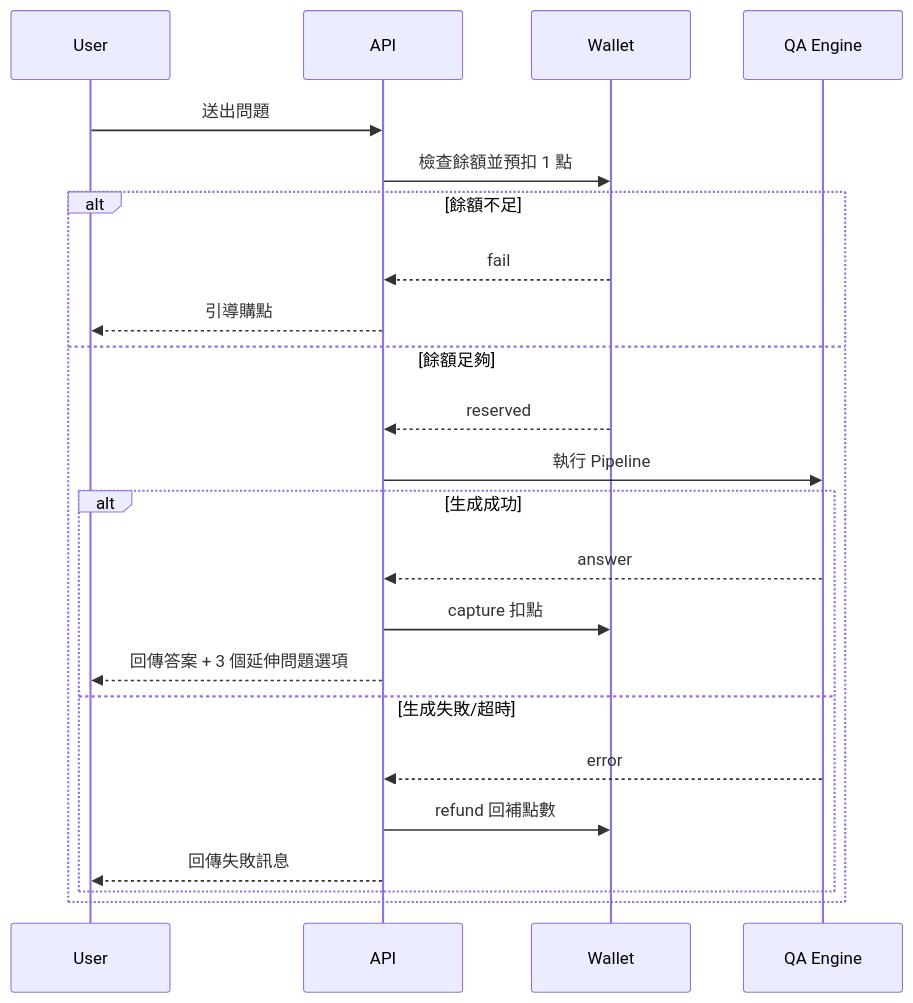
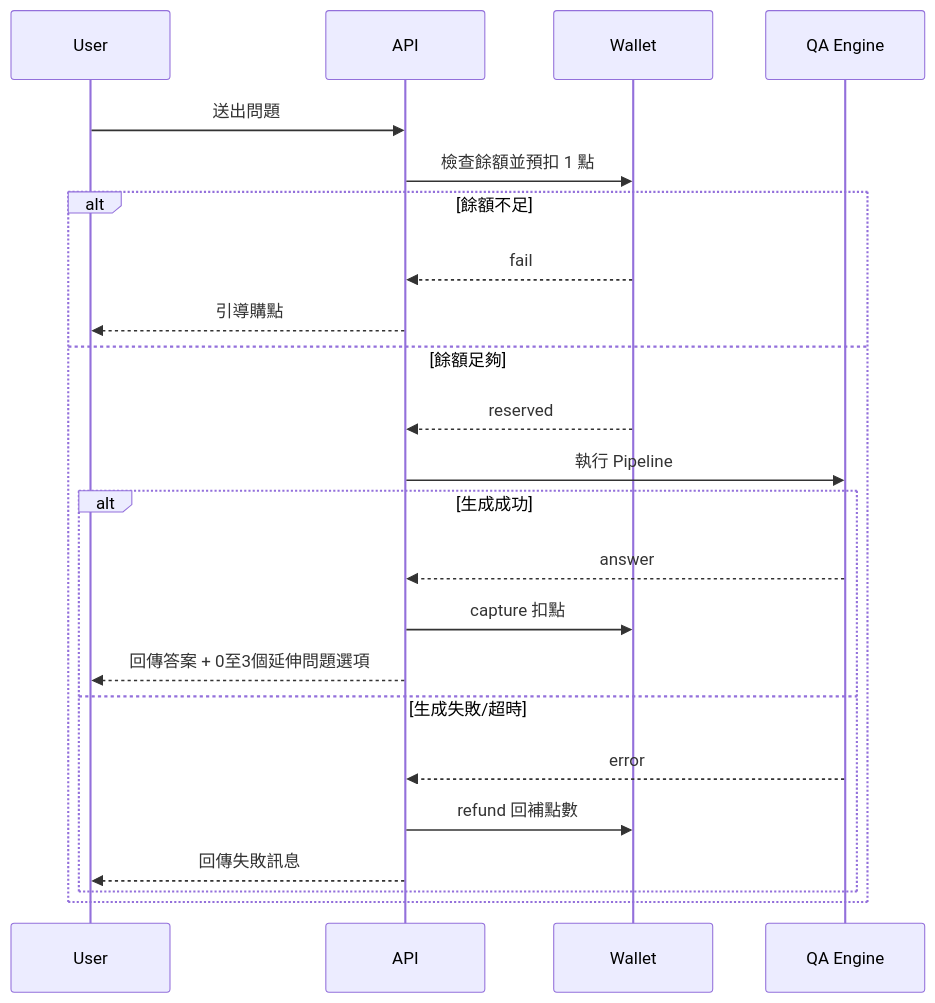
The second of 2 diagrams in docs/PRD.md (kevin1kevin1k/cyber-oracle), drawn with Mermaid before and after one commit. The commit also changed other lines of this file and 9 other files, not shown here.

````diff
--- a/docs/PRD.md
+++ b/docs/PRD.md
@@ -87,25 +87,25 @@
 ```mermaid
 sequenceDiagram
   participant U as User
   participant API as API
   participant W as Wallet
   participant ENG as QA Engine
   U->>API: 送出問題
   API->>W: 檢查餘額並預扣 1 點
   alt 餘額不足
     W-->>API: fail
     API-->>U: 引導購點
   else 餘額足夠
     W-->>API: reserved
     API->>ENG: 執行 Pipeline
     alt 生成成功
       ENG-->>API: answer
       API->>W: capture 扣點
-      API-->>U: 回傳答案 + 3 個延伸問題選項
+      API-->>U: 回傳答案 + 0至3個延伸問題選項
     else 生成失敗/超時
       ENG-->>API: error
       API->>W: refund 回補點數
       API-->>U: 回傳失敗訊息
     end
   end
 ```
````
